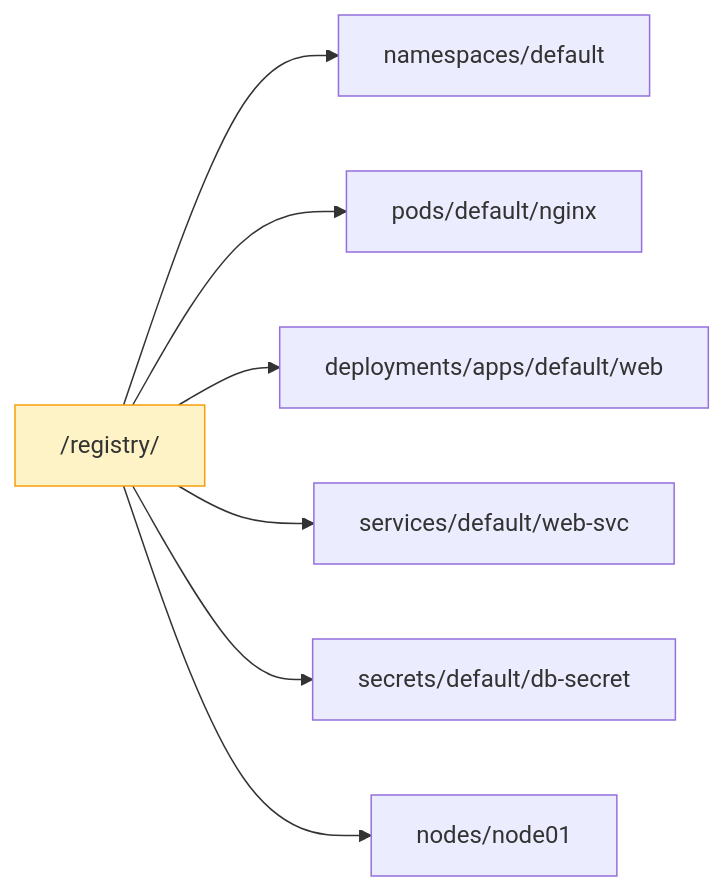
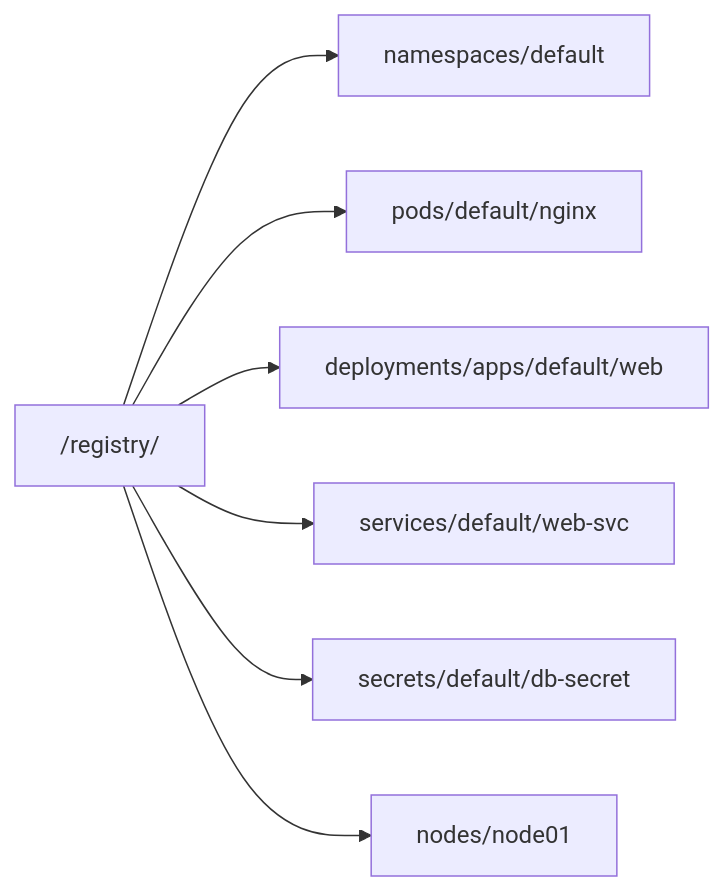
Before and after one commit to Gautam4424/k8slearn-content: the second of 3 diagrams in content/cka/02-kubernetes-architecture-complete-reference/22-kube-apiserver-etcd/22-kube-apiserver-etcd.md, drawn with Mermaid. The commit also changed other lines of this file and 40 other files, not shown here.

Commit message:
chore: fix mermaid style regex

````diff
--- a/content/cka/02-kubernetes-architecture-complete-reference/22-kube-apiserver-etcd/22-kube-apiserver-etcd.md
+++ b/content/cka/02-kubernetes-architecture-complete-reference/22-kube-apiserver-etcd/22-kube-apiserver-etcd.md
@@ -74,11 +71,10 @@
 ```mermaid
 graph LR
     R["/registry/"]
     R --> NS["namespaces/default"]
     R --> PO["pods/default/nginx"]
     R --> DP["deployments/apps/default/web"]
     R --> SV["services/default/web-svc"]
     R --> SE["secrets/default/db-secret"]
     R --> NO["nodes/node01"]
-    style R fill:#fef3c7,stroke:#f59e0b
 ```
````
